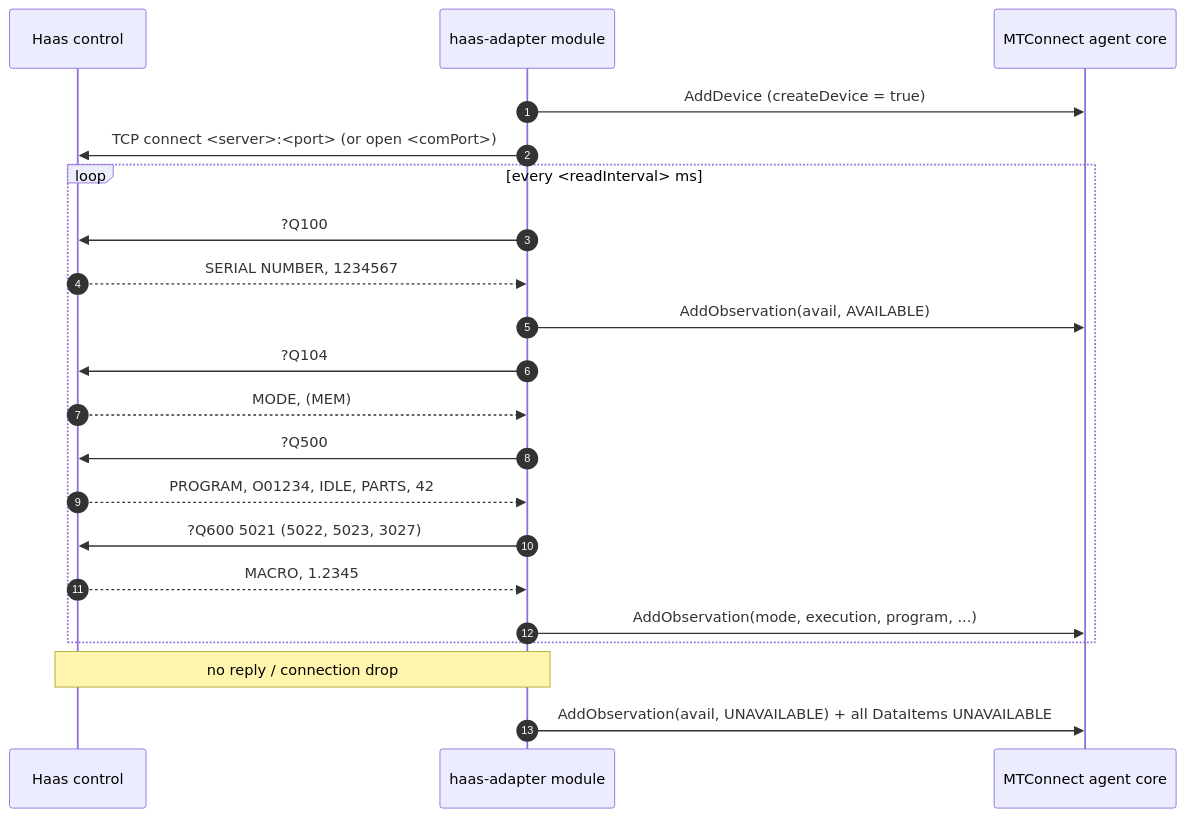
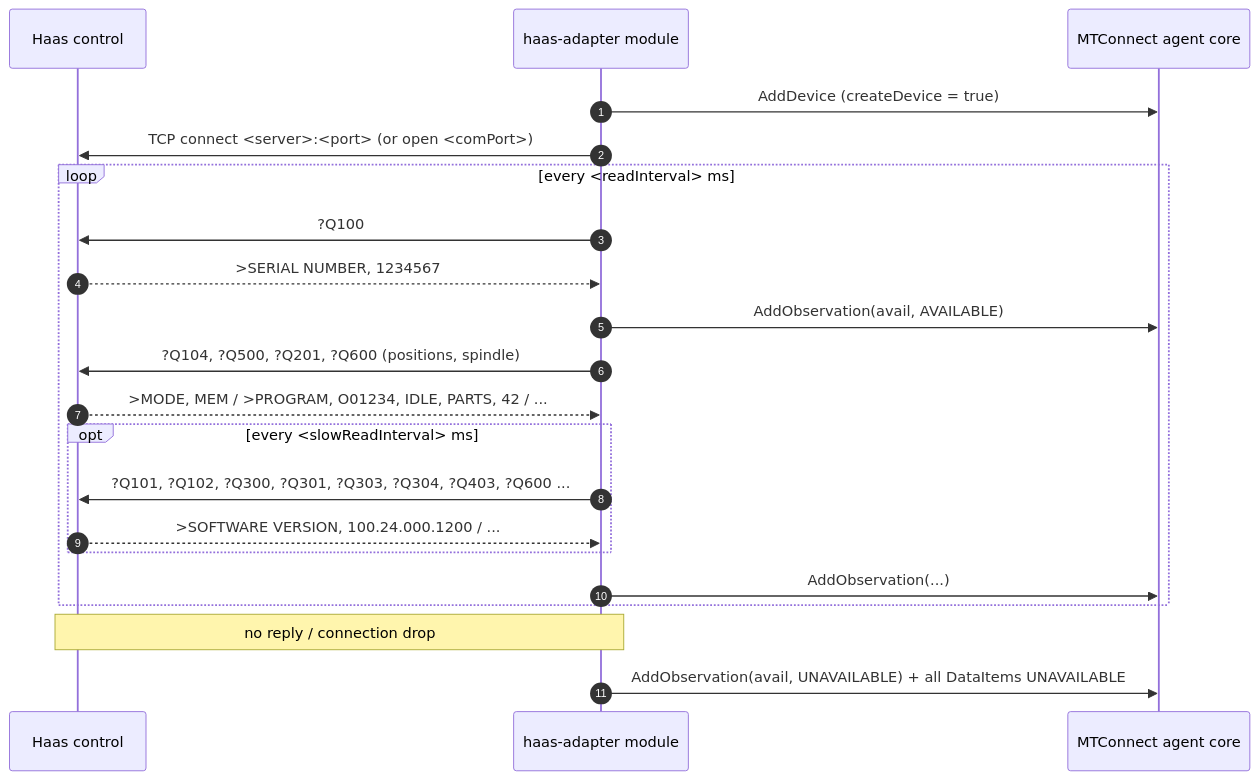
The diagram in docs/modules/haas-adapter.md (TrakHound/MTConnect.NET), drawn with Mermaid before and after one commit. The commit also changed other lines of this file and 13 other files, not shown here.

First line of the commit message:
feat(agent-haas): NGC fixes and additional Haas data

````diff
--- a/docs/modules/haas-adapter.md
+++ b/docs/modules/haas-adapter.md
@@ -51,24 +87,24 @@
 ```mermaid
 sequenceDiagram
   autonumber
   participant Haas as Haas control
   participant Module as haas-adapter module
   participant Agent as MTConnect agent core
 
   Module->>Agent: AddDevice (createDevice = true)
   Module->>Haas: TCP connect <server>:<port> (or open <comPort>)
   loop every <readInterval> ms
     Module->>Haas: ?Q100
-    Haas-->>Module: SERIAL NUMBER, 1234567
+    Haas-->>Module: >SERIAL NUMBER, 1234567
     Module->>Agent: AddObservation(avail, AVAILABLE)
-    Module->>Haas: ?Q104
-    Haas-->>Module: MODE, (MEM)
-    Module->>Haas: ?Q500
-    Haas-->>Module: PROGRAM, O01234, IDLE, PARTS, 42
-    Module->>Haas: ?Q600 5021 (5022, 5023, 3027)
-    Haas-->>Module: MACRO, 1.2345
-    Module->>Agent: AddObservation(mode, execution, program, ...)
+    Module->>Haas: ?Q104, ?Q500, ?Q201, ?Q600 (positions, spindle)
+    Haas-->>Module: >MODE, MEM / >PROGRAM, O01234, IDLE, PARTS, 42 / ...
+    opt every <slowReadInterval> ms
+      Module->>Haas: ?Q101, ?Q102, ?Q300, ?Q301, ?Q303, ?Q304, ?Q403, ?Q600 ...
+      Haas-->>Module: >SOFTWARE VERSION, 100.24.000.1200 / ...
+    end
+    Module->>Agent: AddObservation(...)
   end
   Note over Module,Haas: no reply / connection drop
   Module->>Agent: AddObservation(avail, UNAVAILABLE) + all DataItems UNAVAILABLE
 ```
````
